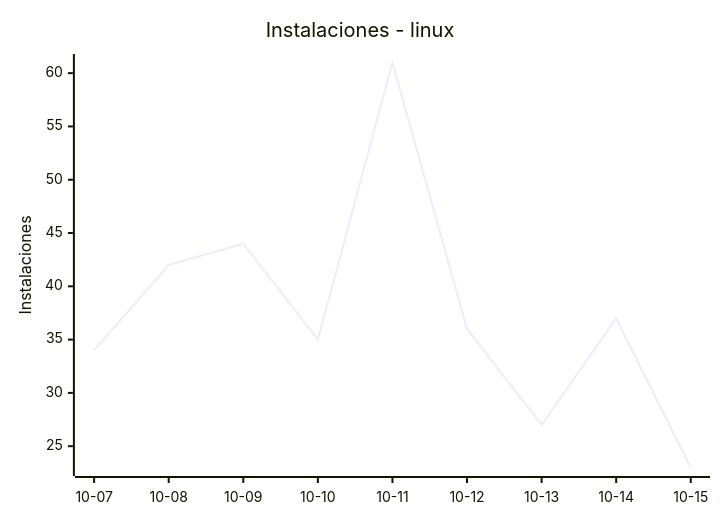
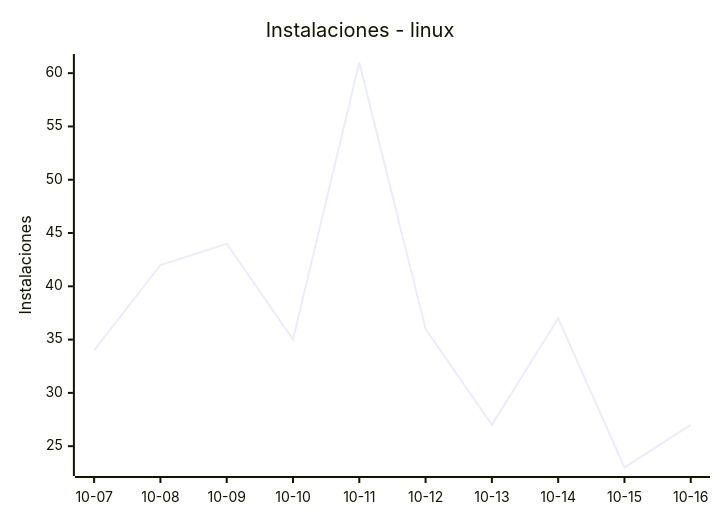
The fourth of 8 diagrams in README.md (EmuDeck/stats), drawn with Mermaid before and after one commit. The commit also changed other lines of this file and 2 other files, not shown here.

````diff
--- a/README.md
+++ b/README.md
@@ -52,7 +52,7 @@
 ```mermaid
 xychart-beta
     title "Instalaciones - linux"
-    x-axis ["10-07", "10-08", "10-09", "10-10", "10-11", "10-12", "10-13", "10-14", "10-15"]
+    x-axis ["10-07", "10-08", "10-09", "10-10", "10-11", "10-12", "10-13", "10-14", "10-15", "10-16"]
     y-axis "Instalaciones"
-    line [34, 42, 44, 35, 61, 36, 27, 37, 23]
+    line [34, 42, 44, 35, 61, 36, 27, 37, 23, 27]
 ```
````
